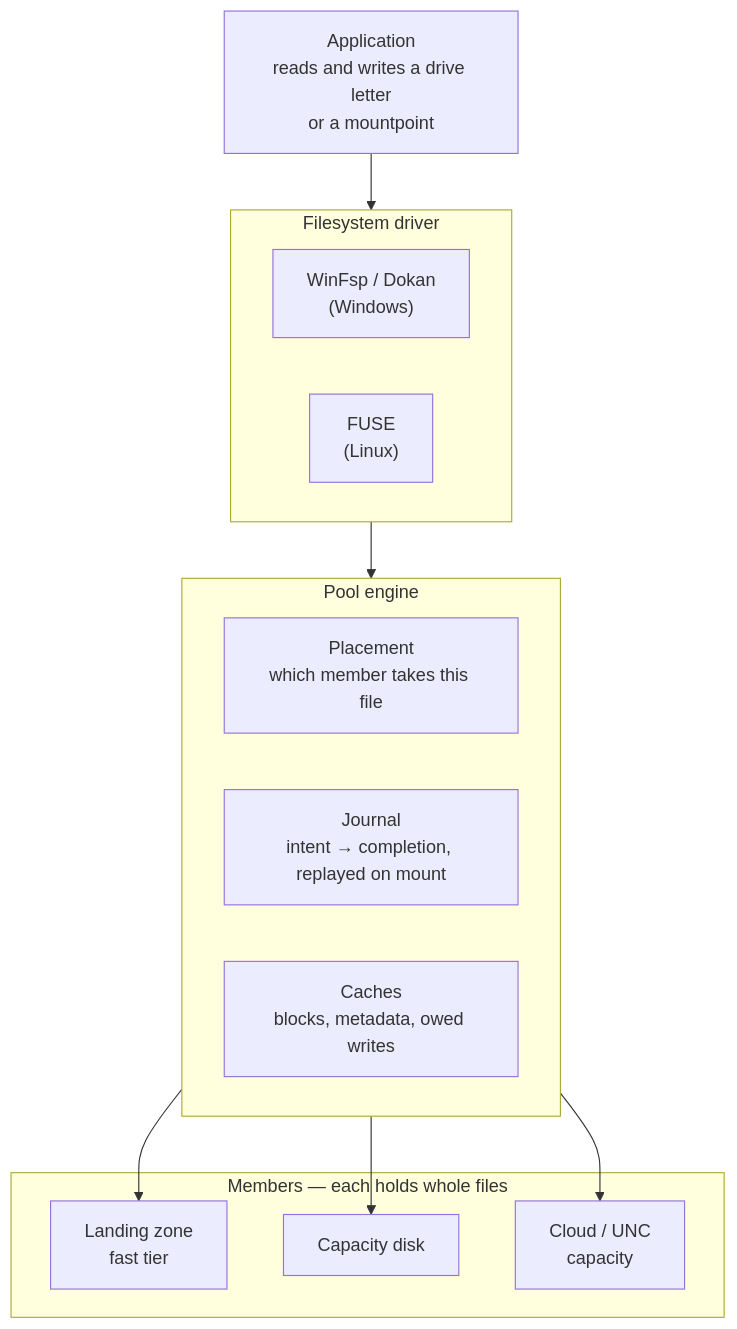
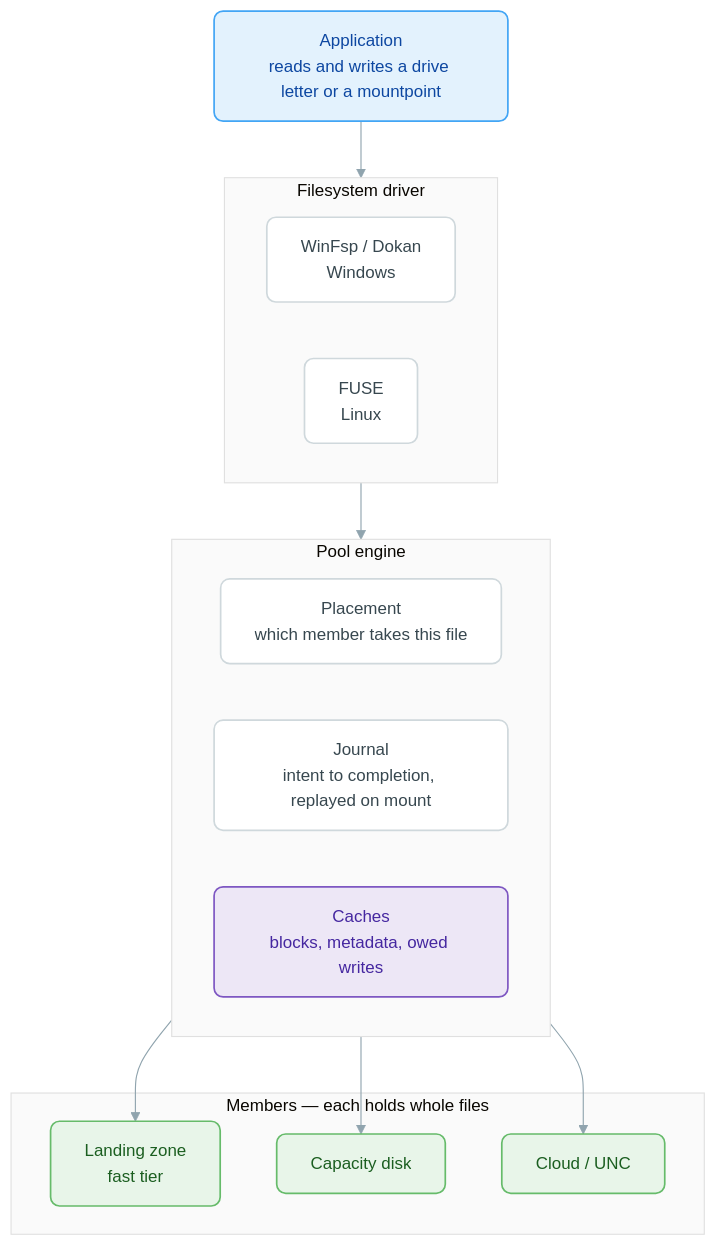
The first of 7 diagrams in README.md (Hawkynt/DriveBenderUtility), drawn with Mermaid before and after one commit. The commit also changed other lines of this file and 1 other file, not shown here.

First line of the commit message:
* the diagrams looked like 2014: Material palette, rounded cards, semantic colour (#40)

````diff
--- a/README.md
+++ b/README.md
@@ -67,25 +67,38 @@
 ```mermaid
+%%{init: {"theme":"base","themeVariables":{"fontSize":"15px","lineColor":"#90A4AE","textColor":"#37474F","clusterBkg":"#FAFAFA","clusterBorder":"#E0E0E0","edgeLabelBackground":"#FFFFFF"}}}%%
 flowchart TD
-    App["Application<br/>reads and writes a drive letter<br/>or a mountpoint"] --> Driver
+    App["Application<br/>reads and writes a drive letter or a mountpoint"] --> Driver
 
     subgraph Driver["Filesystem driver"]
-        WinFsp["WinFsp / Dokan<br/>(Windows)"]
-        Fuse["FUSE<br/>(Linux)"]
+        WinFsp["WinFsp / Dokan<br/>Windows"]
+        Fuse["FUSE<br/>Linux"]
     end
 
     Driver --> Engine
 
     subgraph Engine["Pool engine"]
         Placement["Placement<br/>which member takes this file"]
-        Journal["Journal<br/>intent → completion, replayed on mount"]
+        Journal["Journal<br/>intent to completion, replayed on mount"]
         Cache["Caches<br/>blocks, metadata, owed writes"]
     end
 
     Engine --> M0 & M1 & M2
 
     subgraph Members["Members — each holds whole files"]
         M0["Landing zone<br/>fast tier"]
         M1["Capacity disk"]
-        M2["Cloud / UNC<br/>capacity"]
+        M2["Cloud / UNC"]
     end
+
+    classDef primary fill:#E3F2FD,stroke:#42A5F5,stroke-width:1.5px,color:#0D47A1,rx:8,ry:8
+    classDef surface fill:#FFFFFF,stroke:#CFD8DC,stroke-width:1.5px,color:#37474F,rx:8,ry:8
+    classDef store fill:#E8F5E9,stroke:#66BB6A,stroke-width:1.5px,color:#1B5E20,rx:8,ry:8
+    classDef warn fill:#FFF8E1,stroke:#FFB300,stroke-width:1.5px,color:#E65100,rx:8,ry:8
+    classDef danger fill:#FFEBEE,stroke:#EF5350,stroke-width:1.5px,color:#B71C1C,rx:8,ry:8
+    classDef accent fill:#EDE7F6,stroke:#7E57C2,stroke-width:1.5px,color:#4527A0,rx:8,ry:8
+    classDef decision fill:#ECEFF1,stroke:#90A4AE,stroke-width:1.5px,color:#37474F
+    class App primary
+    class WinFsp,Fuse,Placement,Journal surface
+    class Cache accent
+    class M0,M1,M2 store
 ```
````
